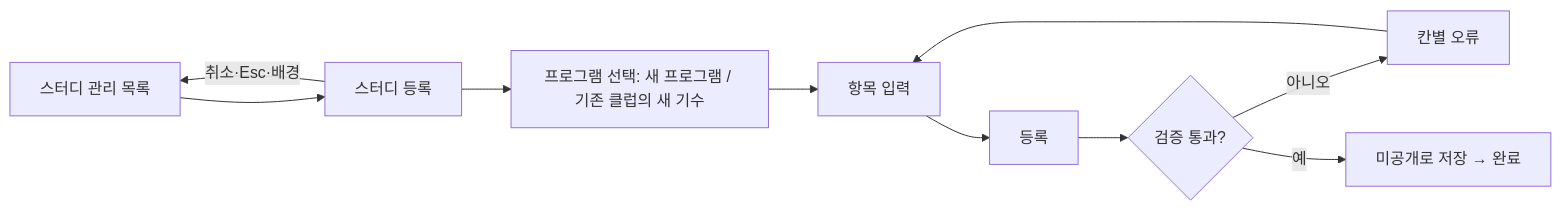
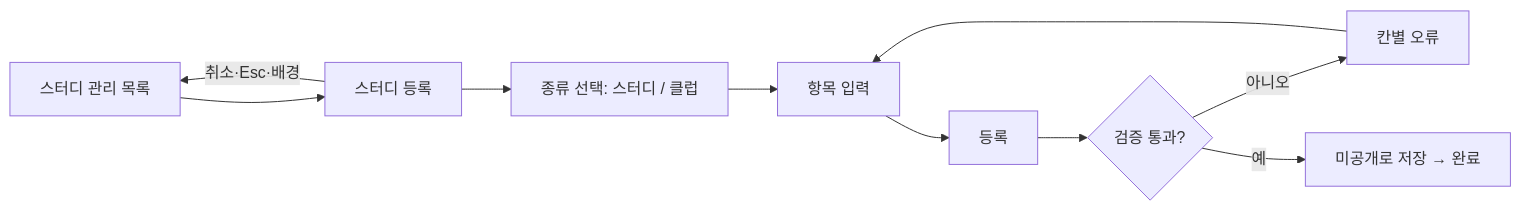
The first of 2 diagrams in 01-planning/stories/study-create/PRD.md (StudyClub-PlusPlus/studyclub-engineering), drawn with Mermaid before and after one commit. The commit also changed other lines of this file and 93 other files, not shown here.

````diff
--- a/01-planning/stories/study-create/PRD.md
+++ b/01-planning/stories/study-create/PRD.md
@@ -11,11 +11,11 @@
 ```mermaid
 flowchart LR
   A["스터디 관리 목록"] --> B["스터디 등록"]
-  B --> C["프로그램 선택: 새 프로그램 / 기존 클럽의 새 기수"]
+  B --> C["종류 선택: 스터디 / 클럽"]
   C --> D["항목 입력"]
   D --> E["등록"]
   E --> F{"검증 통과?"}
   F -->|아니오| G["칸별 오류"] --> D
   F -->|예| H["미공개로 저장 → 완료"]
   B -->|"취소·Esc·배경"| A
 ```
````
